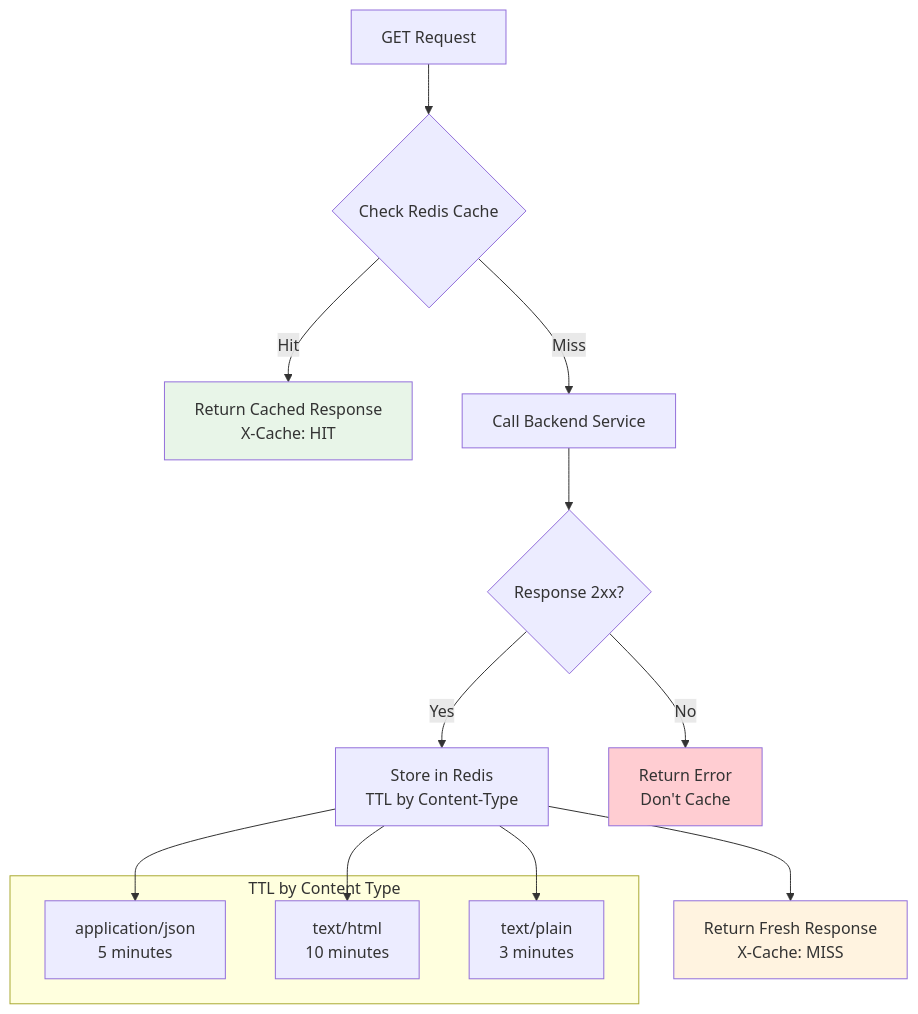
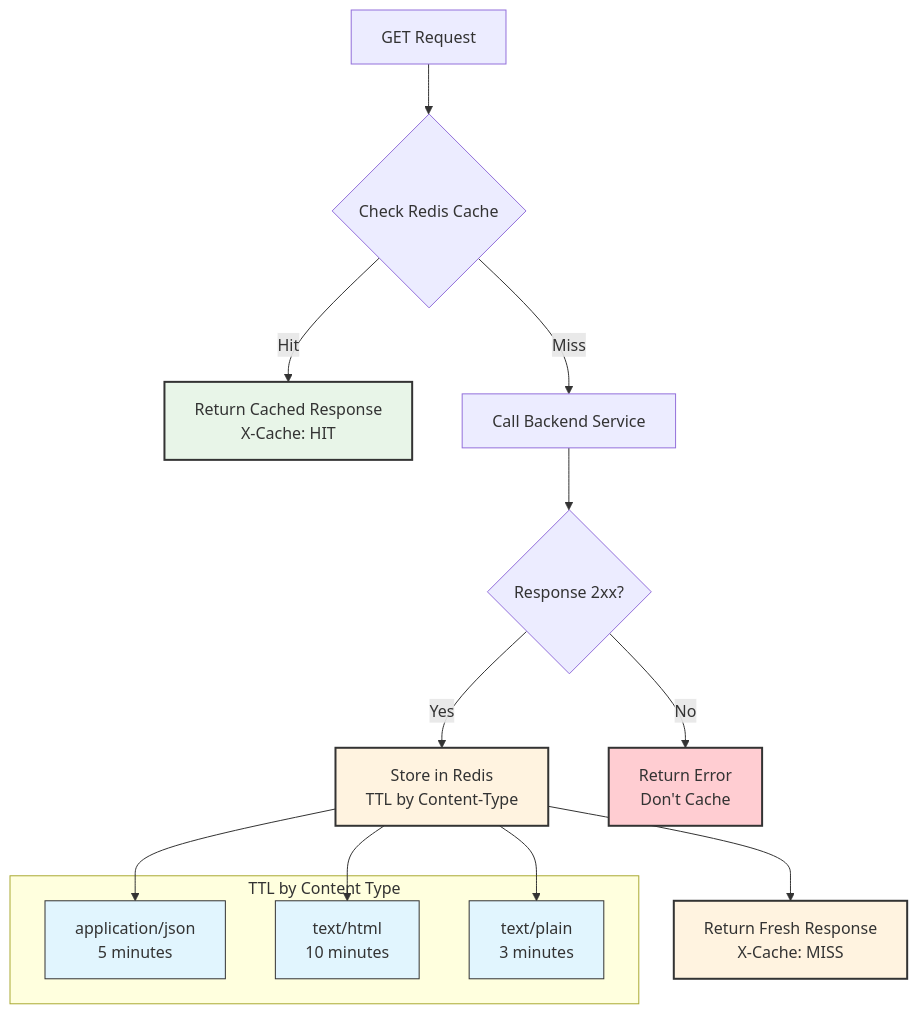
One commit to sudhan-m/munshi changed the seventh of 16 diagrams in src/api-gateway/README.md. Above: the diagram before and after it, drawn with Mermaid. The commit also changed other lines of this file and 3 other files, not shown here.

First line of the commit message:
Update documentation with proper Mermaid diagrams and current architecture

````diff
--- a/src/api-gateway/README.md
+++ b/src/api-gateway/README.md
@@ -325,26 +327,32 @@
 ```mermaid
 flowchart TD
     REQUEST[GET Request] --> CACHE_CHECK{Check Redis Cache}
     CACHE_CHECK -->|Hit| RETURN_CACHED[Return Cached Response<br/>X-Cache: HIT]
     CACHE_CHECK -->|Miss| BACKEND[Call Backend Service]
     
     BACKEND --> SUCCESS{Response 2xx?}
     SUCCESS -->|Yes| CACHE_STORE[Store in Redis<br/>TTL by Content-Type]
     SUCCESS -->|No| RETURN_ERROR[Return Error<br/>Don't Cache]
     
     CACHE_STORE --> RETURN_FRESH[Return Fresh Response<br/>X-Cache: MISS]
     
     subgraph "TTL by Content Type"
         JSON[application/json<br/>5 minutes]
         HTML[text/html<br/>10 minutes] 
         PLAIN[text/plain<br/>3 minutes]
     end
     
     CACHE_STORE --> JSON
     CACHE_STORE --> HTML
     CACHE_STORE --> PLAIN
     
-    style RETURN_CACHED fill:#e8f5e8
-    style RETURN_FRESH fill:#fff3e0
-    style RETURN_ERROR fill:#ffcdd2
+    classDef cached fill:#e8f5e8,stroke:#333,stroke-width:2px
+    classDef fresh fill:#fff3e0,stroke:#333,stroke-width:2px
+    classDef error fill:#ffcdd2,stroke:#333,stroke-width:2px
+    classDef ttl fill:#e1f5fe,stroke:#333,stroke-width:1px
+    
+    class RETURN_CACHED cached
+    class RETURN_FRESH,CACHE_STORE fresh
+    class RETURN_ERROR error
+    class JSON,HTML,PLAIN ttl
 ```
````
